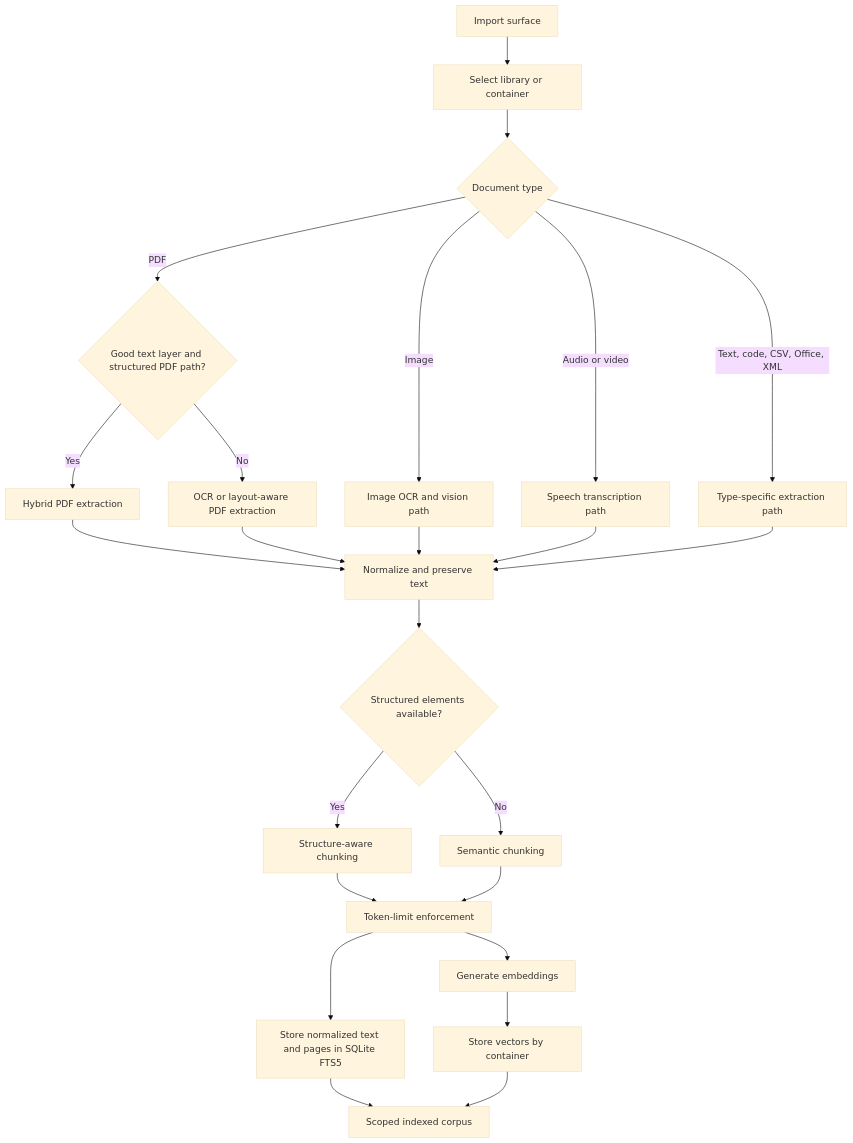
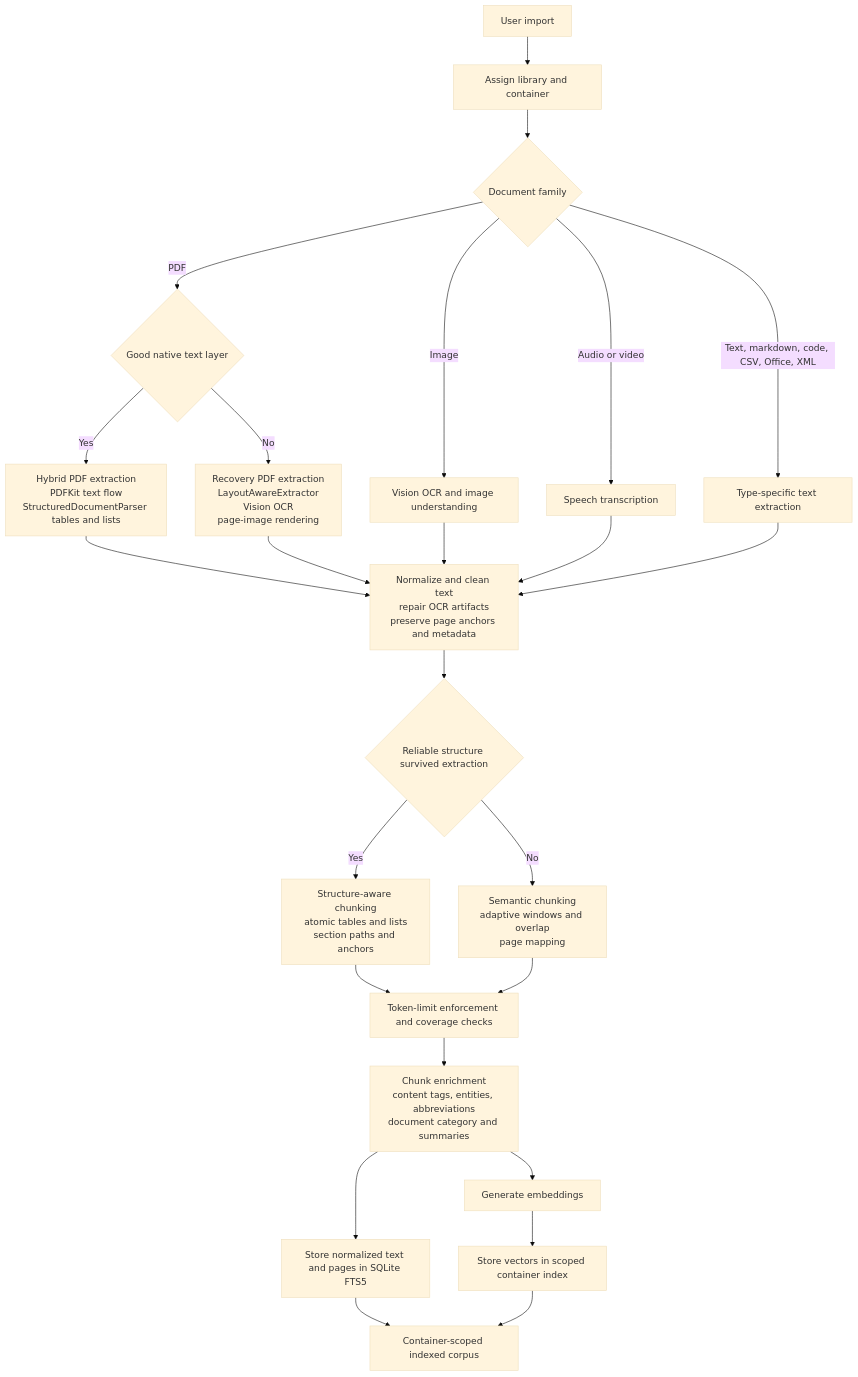
Before and after one commit to Gunnarguy/OpenIntelligence: the second of 6 diagrams in README.md, drawn with Mermaid (base theme). The commit also changed other lines of this file and 1 other file, not shown here.

First line of the commit message:
Clarifies import vs query pipeline routing

````diff
--- a/README.md
+++ b/README.md
@@ -127,26 +192,27 @@
 ```mermaid
 flowchart TD
-   A[Import surface] --> B[Select library or container]
-   B --> C{Document type}
-   C -- PDF --> D{Good text layer and structured PDF path?}
-   D -- Yes --> E[Hybrid PDF extraction]
-   D -- No --> F[OCR or layout-aware PDF extraction]
-   C -- Image --> G[Image OCR and vision path]
-   C -- Audio or video --> H[Speech transcription path]
-   C -- Text, code, CSV, Office, XML --> I[Type-specific extraction path]
-   E --> J[Normalize and preserve text]
+   A[User import] --> B[Assign library and container]
+   B --> C{Document family}
+   C -- PDF --> D{Good native text layer}
+   D -- Yes --> E[Hybrid PDF extraction<br/>PDFKit text flow<br/>StructuredDocumentParser tables and lists]
+   D -- No --> F[Recovery PDF extraction<br/>LayoutAwareExtractor<br/>Vision OCR<br/>page-image rendering]
+   C -- Image --> G[Vision OCR and image understanding]
+   C -- Audio or video --> H[Speech transcription]
+   C -- Text, markdown, code, CSV, Office, XML --> I[Type-specific text extraction]
+   E --> J[Normalize and clean text<br/>repair OCR artifacts<br/>preserve page anchors and metadata]
    F --> J
    G --> J
    H --> J
    I --> J
-   J --> K{Structured elements available?}
-   K -- Yes --> L[Structure-aware chunking]
-   K -- No --> M[Semantic chunking]
-   L --> N[Token-limit enforcement]
+   J --> K{Reliable structure survived extraction}
+   K -- Yes --> L[Structure-aware chunking<br/>atomic tables and lists<br/>section paths and anchors]
+   K -- No --> M[Semantic chunking<br/>adaptive windows and overlap<br/>page mapping]
+   L --> N[Token-limit enforcement and coverage checks]
    M --> N
-   N --> O[Store normalized text and pages in SQLite FTS5]
-   N --> P[Generate embeddings]
-   P --> Q[Store vectors by container]
-   O --> R[Scoped indexed corpus]
-   Q --> R
+   N --> O[Chunk enrichment<br/>content tags, entities, abbreviations<br/>document category and summaries]
+   O --> P[Store normalized text and pages in SQLite FTS5]
+   O --> Q[Generate embeddings]
+   Q --> R[Store vectors in scoped container index]
+   P --> S[Container-scoped indexed corpus]
+   R --> S
 ```
````
